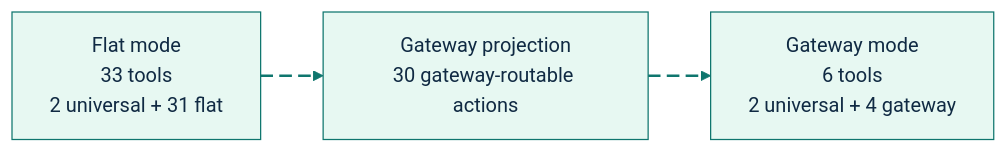
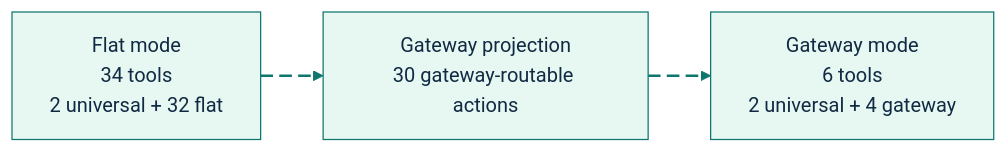
Before and after one commit to GlitterKill/sdl-mcp: the first of 2 diagrams in docs/feature-deep-dives/tool-gateway.md, drawn with Mermaid. The commit also changed other lines of this file and 19 other files, not shown here.

````diff
--- a/docs/feature-deep-dives/tool-gateway.md
+++ b/docs/feature-deep-dives/tool-gateway.md
@@ -7,19 +7,19 @@
 ```mermaid
 %%{init: {"theme":"base","themeVariables":{"background":"#ffffff","primaryColor":"#E7F8F2","primaryBorderColor":"#0F766E","primaryTextColor":"#102A43","secondaryColor":"#E8F1FF","secondaryBorderColor":"#2563EB","secondaryTextColor":"#102A43","tertiaryColor":"#FFF4D6","tertiaryBorderColor":"#B45309","tertiaryTextColor":"#102A43","lineColor":"#0F766E","textColor":"#102A43","fontFamily":"Inter, ui-sans-serif, system-ui, -apple-system, BlinkMacSystemFont, Segoe UI, sans-serif"},"flowchart":{"curve":"basis","htmlLabels":true}}}%%
 flowchart LR
-    Flat["Flat mode<br/>33 tools<br/>2 universal + 31 flat"]
+    Flat["Flat mode<br/>34 tools<br/>2 universal + 32 flat"]
     Shrink["Gateway projection<br/>30 gateway-routable actions"]
     Gateway["Gateway mode<br/>6 tools<br/>2 universal + 4 gateway"]
 
     Flat e1@--> Shrink
     Shrink e2@--> Gateway
 
     classDef source fill:#E7F8F2,stroke:#0F766E,stroke-width:2px,color:#102A43;
     classDef process fill:#E8F1FF,stroke:#2563EB,stroke-width:2px,color:#102A43;
     classDef decision fill:#FFF4D6,stroke:#B45309,stroke-width:2px,color:#102A43;
     classDef storage fill:#F2E8FF,stroke:#7C3AED,stroke-width:2px,color:#102A43;
     classDef output fill:#FFE8EF,stroke:#BE123C,stroke-width:2px,color:#102A43;
     classDef muted fill:#F8FAFC,stroke:#64748B,stroke-width:1px,color:#102A43;
     classDef animate stroke:#0F766E,stroke-width:2px,stroke-dasharray:10\,5,stroke-dashoffset:900,animation:dash 22s linear infinite;
     class e1,e2 animate;
 ```
````
